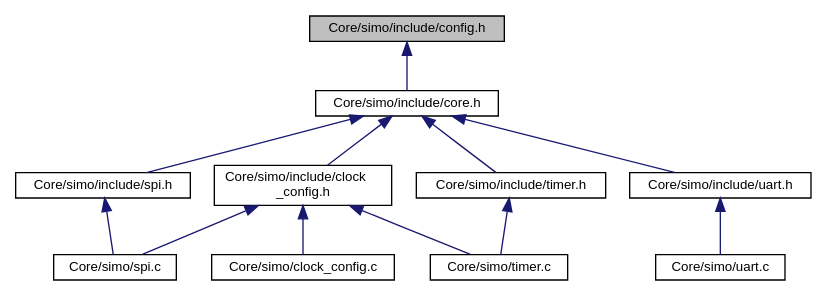
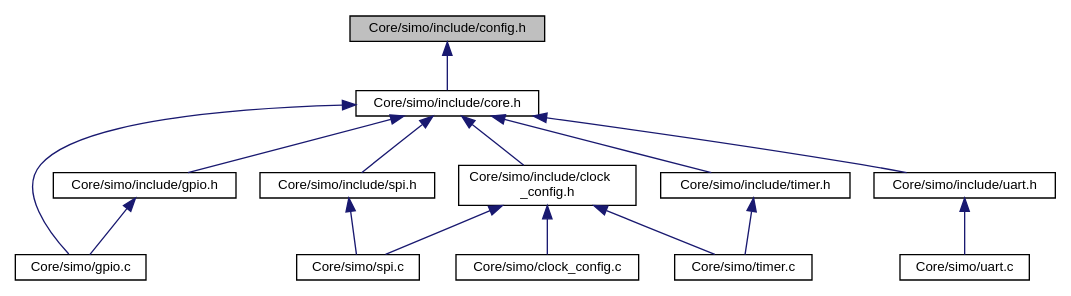
One commit to Germanvelardez2018/SIMO-STM32-framework changed the diagram in docs/config_8h__dep__incl.dot. Above: the diagram before and after it, drawn with Graphviz. The commit also changed 56 other files, not shown here.

```diff
--- a/docs/config_8h__dep__incl.dot
+++ b/docs/config_8h__dep__incl.dot
@@ -1,27 +1,32 @@
 digraph "Core/simo/include/config.h"
 {
  // LATEX_PDF_SIZE
   edge [fontname="Helvetica",fontsize="10",labelfontname="Helvetica",labelfontsize="10"];
   node [fontname="Helvetica",fontsize="10",shape=record];
   Node1 [label="Core/simo/include/config.h",height=0.2,width=0.4,color="black", fillcolor="grey75", style="filled", fontcolor="black",tooltip=" "];
   Node1 -> Node2 [dir="back",color="midnightblue",fontsize="10",style="solid",fontname="Helvetica"];
   Node2 [label="Core/simo/include/core.h",height=0.2,width=0.4,color="black", fillcolor="white", style="filled",URL="$core_8h.html",tooltip=" "];
   Node2 -> Node3 [dir="back",color="midnightblue",fontsize="10",style="solid",fontname="Helvetica"];
-  Node3 [label="Core/simo/include/clock\l_config.h",height=0.2,width=0.4,color="black", fillcolor="white", style="filled",URL="$clock__config_8h.html",tooltip=" "];
-  Node3 -> Node4 [dir="back",color="midnightblue",fontsize="10",style="solid",fontname="Helvetica"];
-  Node4 [label="Core/simo/clock_config.c",height=0.2,width=0.4,color="black", fillcolor="white", style="filled",URL="$clock__config_8c.html",tooltip=" "];
-  Node3 -> Node5 [dir="back",color="midnightblue",fontsize="10",style="solid",fontname="Helvetica"];
-  Node5 [label="Core/simo/spi.c",height=0.2,width=0.4,color="black", fillcolor="white", style="filled",URL="$spi_8c.html",tooltip="Driver para abstraer el hardware SPI."];
-  Node3 -> Node6 [dir="back",color="midnightblue",fontsize="10",style="solid",fontname="Helvetica"];
-  Node6 [label="Core/simo/timer.c",height=0.2,width=0.4,color="black", fillcolor="white", style="filled",URL="$timer_8c.html",tooltip=" "];
-  Node2 -> Node7 [dir="back",color="midnightblue",fontsize="10",style="solid",fontname="Helvetica"];
-  Node7 [label="Core/simo/include/spi.h",height=0.2,width=0.4,color="black", fillcolor="white", style="filled",URL="$spi_8h.html",tooltip="Driver para abstraer hardware SPI."];
-  Node7 -> Node5 [dir="back",color="midnightblue",fontsize="10",style="solid",fontname="Helvetica"];
+  Node3 [label="Core/simo/gpio.c",height=0.2,width=0.4,color="black", fillcolor="white", style="filled",URL="$gpio_8c.html",tooltip=" "];
+  Node2 -> Node4 [dir="back",color="midnightblue",fontsize="10",style="solid",fontname="Helvetica"];
+  Node4 [label="Core/simo/include/clock\l_config.h",height=0.2,width=0.4,color="black", fillcolor="white", style="filled",URL="$clock__config_8h.html",tooltip=" "];
+  Node4 -> Node5 [dir="back",color="midnightblue",fontsize="10",style="solid",fontname="Helvetica"];
+  Node5 [label="Core/simo/clock_config.c",height=0.2,width=0.4,color="black", fillcolor="white", style="filled",URL="$clock__config_8c.html",tooltip=" "];
+  Node4 -> Node6 [dir="back",color="midnightblue",fontsize="10",style="solid",fontname="Helvetica"];
+  Node6 [label="Core/simo/spi.c",height=0.2,width=0.4,color="black", fillcolor="white", style="filled",URL="$spi_8c.html",tooltip="Driver para abstraer el hardware SPI."];
+  Node4 -> Node7 [dir="back",color="midnightblue",fontsize="10",style="solid",fontname="Helvetica"];
+  Node7 [label="Core/simo/timer.c",height=0.2,width=0.4,color="black", fillcolor="white", style="filled",URL="$timer_8c.html",tooltip=" "];
   Node2 -> Node8 [dir="back",color="midnightblue",fontsize="10",style="solid",fontname="Helvetica"];
-  Node8 [label="Core/simo/include/timer.h",height=0.2,width=0.4,color="black", fillcolor="white", style="filled",URL="$timer_8h.html",tooltip=" "];
-  Node8 -> Node6 [dir="back",color="midnightblue",fontsize="10",style="solid",fontname="Helvetica"];
+  Node8 [label="Core/simo/include/gpio.h",height=0.2,width=0.4,color="black", fillcolor="white", style="filled",URL="$gpio_8h.html",tooltip="Driver para abstraer el hardware GPIO del microcontrolador."];
+  Node8 -> Node3 [dir="back",color="midnightblue",fontsize="10",style="solid",fontname="Helvetica"];
   Node2 -> Node9 [dir="back",color="midnightblue",fontsize="10",style="solid",fontname="Helvetica"];
-  Node9 [label="Core/simo/include/uart.h",height=0.2,width=0.4,color="black", fillcolor="white", style="filled",URL="$uart_8h.html",tooltip=" "];
-  Node9 -> Node10 [dir="back",color="midnightblue",fontsize="10",style="solid",fontname="Helvetica"];
-  Node10 [label="Core/simo/uart.c",height=0.2,width=0.4,color="black", fillcolor="white", style="filled",URL="$uart_8c.html",tooltip=" "];
+  Node9 [label="Core/simo/include/spi.h",height=0.2,width=0.4,color="black", fillcolor="white", style="filled",URL="$spi_8h.html",tooltip="Driver para abstraer hardware SPI."];
+  Node9 -> Node6 [dir="back",color="midnightblue",fontsize="10",style="solid",fontname="Helvetica"];
+  Node2 -> Node10 [dir="back",color="midnightblue",fontsize="10",style="solid",fontname="Helvetica"];
+  Node10 [label="Core/simo/include/timer.h",height=0.2,width=0.4,color="black", fillcolor="white", style="filled",URL="$timer_8h.html",tooltip=" "];
+  Node10 -> Node7 [dir="back",color="midnightblue",fontsize="10",style="solid",fontname="Helvetica"];
+  Node2 -> Node11 [dir="back",color="midnightblue",fontsize="10",style="solid",fontname="Helvetica"];
+  Node11 [label="Core/simo/include/uart.h",height=0.2,width=0.4,color="black", fillcolor="white", style="filled",URL="$uart_8h.html",tooltip=" "];
+  Node11 -> Node12 [dir="back",color="midnightblue",fontsize="10",style="solid",fontname="Helvetica"];
+  Node12 [label="Core/simo/uart.c",height=0.2,width=0.4,color="black", fillcolor="white", style="filled",URL="$uart_8c.html",tooltip=" "];
 }
```
